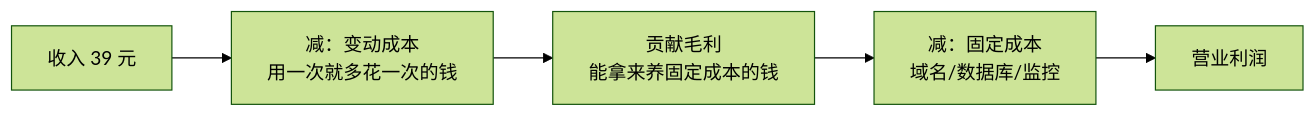
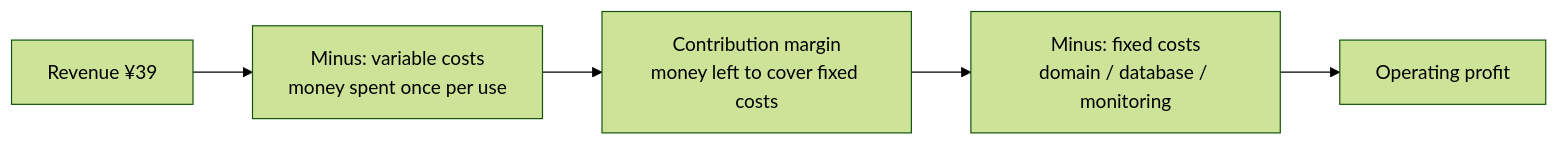
Before and after one commit to xzlxiao/vibe-coding-textbook: the first of 2 diagrams in phase5/chapters/ch02-unit-economics.md, drawn with Mermaid (forest theme). The commit also changed other lines of this file and 10 other files, not shown here.

````diff
--- a/phase5/chapters/ch02-unit-economics.md
+++ b/phase5/chapters/ch02-unit-economics.md
@@ -39,7 +39,7 @@
 ```mermaid
 flowchart LR
-    R["收入 39 元"] --> V["减：变动成本<br/>用一次就多花一次的钱"]
-    V --> CM["贡献毛利<br/>能拿来养固定成本的钱"]
-    CM --> F["减：固定成本<br/>域名/数据库/监控"]
-    F --> P["营业利润"]
+    R["Revenue ¥39"] --> V["Minus: variable costs<br/>money spent once per use"]
+    V --> CM["Contribution margin<br/>money left to cover fixed costs"]
+    CM --> F["Minus: fixed costs<br/>domain / database / monitoring"]
+    F --> P["Operating profit"]
 ```
````
